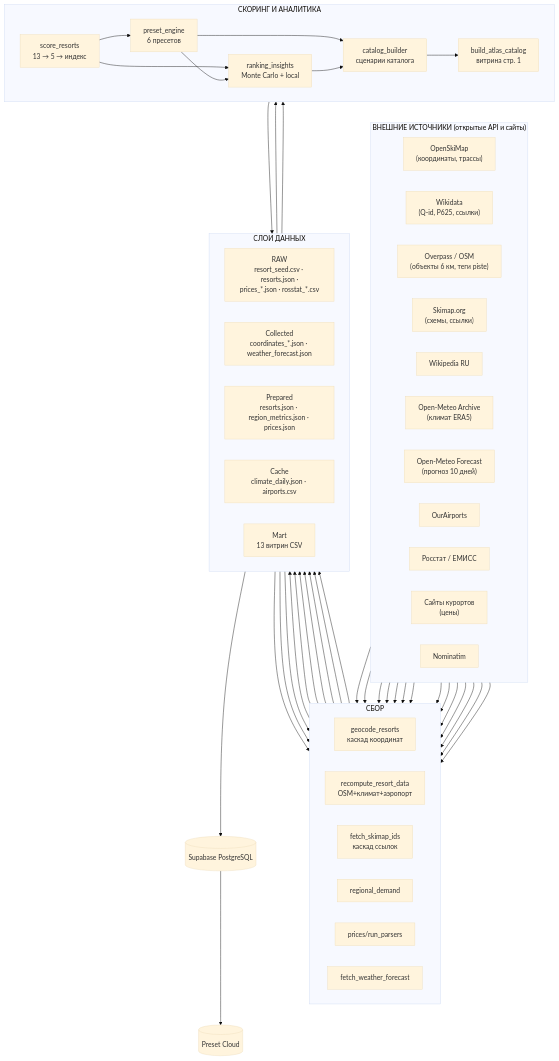
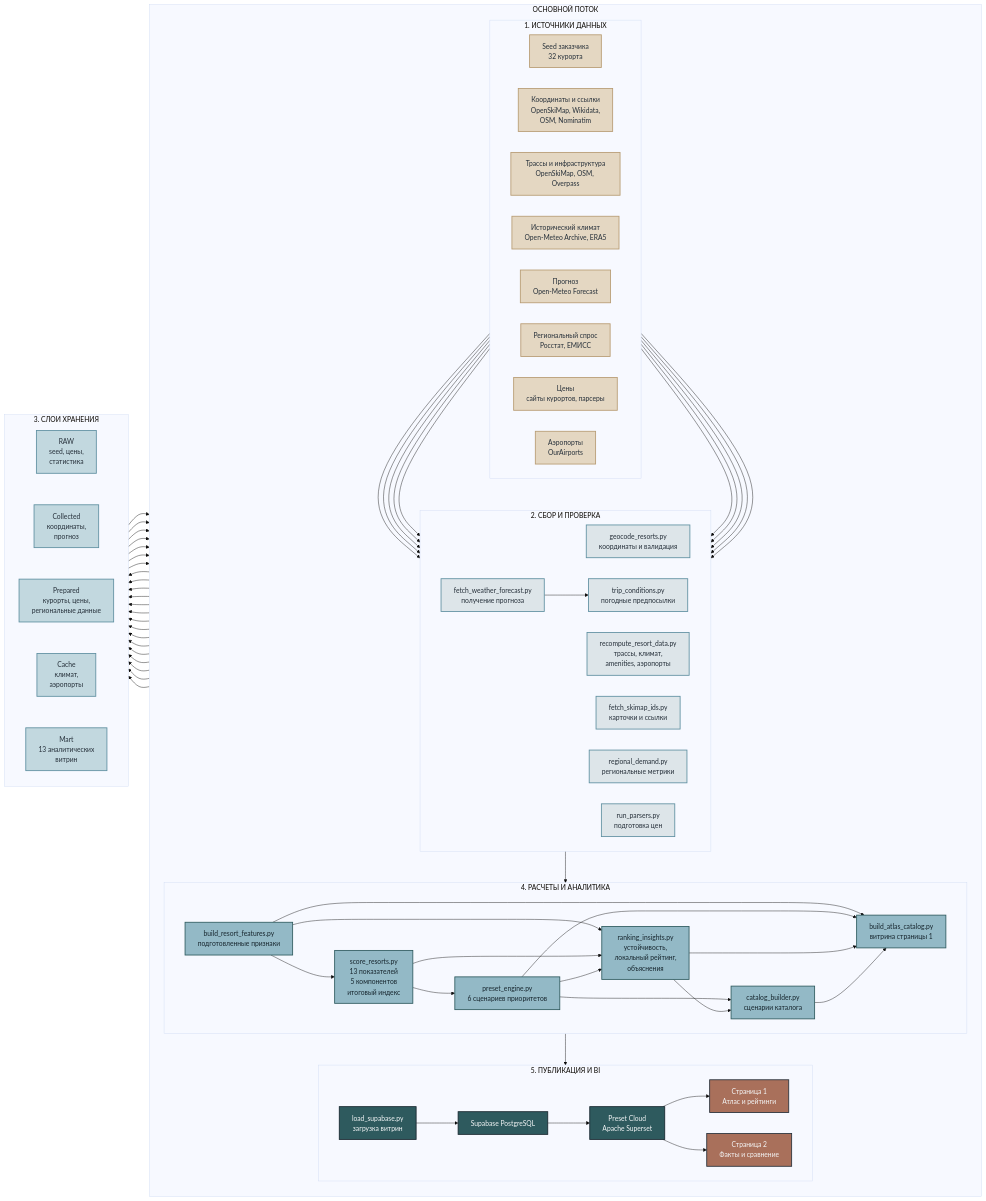
The first of 2 diagrams in README.md (Urizen-Data/Travel_Designer), drawn with Mermaid (base theme) before and after one commit.

Commit message:
docs: vertical data-flow diagram (storage layers on the right)

````diff
--- a/README.md
+++ b/README.md
@@ -203,87 +203,130 @@
 ```mermaid
-flowchart TD
-    subgraph SRC["ВНЕШНИЕ ИСТОЧНИКИ (открытые API и сайты)"]
-        direction LR
-        OSK["OpenSkiMap<br/>(координаты, трассы)"]
-        WIKI["Wikidata<br/>(Q-id, P625, ссылки)"]
-        OVP["Overpass / OSM<br/>(объекты 6 км, теги piste)"]
-        SKIMAP["Skimap.org<br/>(схемы, ссылки)"]
-        WP["Wikipedia RU"]
-        OME_A["Open-Meteo Archive<br/>(климат ERA5)"]
-        OME_F["Open-Meteo Forecast<br/>(прогноз 10 дней)"]
-        OAP["OurAirports"]
-        ROS["Росстат / ЕМИСС"]
-        WEB["Сайты курортов<br/>(цены)"]
-        NOM["Nominatim"]
+flowchart LR
+    subgraph MAIN["ОСНОВНОЙ ПОТОК"]
+        direction TB
+
+        subgraph SRC["1. ИСТОЧНИКИ ДАННЫХ"]
+            direction LR
+            S1["Seed заказчика<br/>32 курорта"]
+            S2["Координаты и ссылки<br/>OpenSkiMap, Wikidata,<br/>OSM, Nominatim"]
+            S3["Трассы и инфраструктура<br/>OpenSkiMap, OSM, Overpass"]
+            S4["Исторический климат<br/>Open-Meteo Archive, ERA5"]
+            S5["Прогноз<br/>Open-Meteo Forecast"]
+            S6["Региональный спрос<br/>Росстат, ЕМИСС"]
+            S7["Цены<br/>сайты курортов, парсеры"]
+            S8["Аэропорты<br/>OurAirports"]
+        end
+
+        subgraph COLL["2. СБОР И ПРОВЕРКА"]
+            direction LR
+            C1["geocode_resorts.py<br/>координаты и валидация"]
+            C2["recompute_resort_data.py<br/>трассы, климат,<br/>amenities, аэропорты"]
+            C3["fetch_skimap_ids.py<br/>карточки и ссылки"]
+            C4["regional_demand.py<br/>региональные метрики"]
+            C5["run_parsers.py<br/>подготовка цен"]
+            C6["fetch_weather_forecast.py<br/>получение прогноза"]
+            C7["trip_conditions.py<br/>погодные предпосылки"]
+        end
+
+        subgraph AN["4. РАСЧЕТЫ И АНАЛИТИКА"]
+            direction LR
+            A1["build_resort_features.py<br/>подготовленные признаки"]
+            A2["score_resorts.py<br/>13 показателей<br/>5 компонентов<br/>итоговый индекс"]
+            A3["preset_engine.py<br/>6 сценариев приоритетов"]
+            A4["ranking_insights.py<br/>устойчивость,<br/>локальный рейтинг,<br/>объяснения"]
+            A5["catalog_builder.py<br/>сценарии каталога"]
+            A6["build_atlas_catalog.py<br/>витрина страницы 1"]
+        end
+
+        subgraph PUB["5. ПУБЛИКАЦИЯ И BI"]
+            direction LR
+            P1["load_supabase.py<br/>загрузка витрин"]
+            P2["Supabase PostgreSQL"]
+            P3["Preset Cloud<br/>Apache Superset"]
+            P4["Страница 1<br/>Атлас и рейтинги"]
+            P5["Страница 2<br/>Факты и сравнение"]
+        end
+
+        SRC --> COLL
+        COLL --> AN
+        AN --> PUB
     end
 
-    subgraph COLLECT["СБОР"]
-        direction LR
-        GEO["geocode_resorts<br/>каскад координат"]
-        RECO["recompute_resort_data<br/>OSM+климат+аэропорт"]
-        SK["fetch_skimap_ids<br/>каскад ссылок"]
-        RD["regional_demand"]
-        PR["prices/run_parsers"]
-        WF["fetch_weather_forecast"]
+    subgraph STOR["3. СЛОИ ХРАНЕНИЯ"]
+        direction TB
+        D1["RAW<br/>seed, цены,<br/>статистика"]
+        D2["Collected<br/>координаты,<br/>прогноз"]
+        D3["Prepared<br/>курорты, цены,<br/>региональные данные"]
+        D4["Cache<br/>климат,<br/>аэропорты"]
+        D5["Mart<br/>13 аналитических<br/>витрин"]
+        D1 ~~~ D2 ~~~ D3 ~~~ D4 ~~~ D5
     end
 
-    subgraph LAYERS["СЛОИ ДАННЫХ"]
-        direction LR
-        RAW["RAW<br/>resort_seed.csv · resorts.json ·<br/>prices_*.json · rosstat_*.csv"]
-        COL["Collected<br/>coordinates_*.json · weather_forecast.json"]
-        PREP["Prepared<br/>resorts.json · region_metrics.json · prices.json"]
-        CACHE["Cache<br/>climate_daily.json · airports.csv"]
-        MART["Mart<br/>13 витрин CSV"]
-    end
+    S1 --> C1
+    S2 --> C1
+    S2 --> C3
+    S3 --> C2
+    S4 --> C2
+    S5 --> C6
+    S6 --> C4
+    S7 --> C5
+    S8 --> C2
 
-    subgraph ANALYTICS["СКОРИНГ И АНАЛИТИКА"]
-        direction LR
-        SCORE["score_resorts<br/>13 → 5 → индекс"]
-        PRESET["preset_engine<br/>6 пресетов"]
-        RANK["ranking_insights<br/>Monte Carlo + local"]
-        CAT["catalog_builder<br/>сценарии каталога"]
-        ATLAS["build_atlas_catalog<br/>витрина стр. 1"]
-    end
+    D1 --> C1
+    D1 --> C4
+    D1 --> C5
 
-    DB[(Supabase PostgreSQL)]
-    BI[(Preset Cloud)]
+    C1 --> D2
+    C2 --> D3
+    C2 --> D4
+    C3 --> D3
+    C4 --> D3
+    C5 --> D3
+    C6 --> D2
+    C6 --> C7
+    C7 --> D2
 
-    OSK --> GEO
-    WIKI --> GEO
-    OVP --> GEO
-    NOM --> GEO
-    OSK --> RECO
-    OVP --> RECO
-    OME_A --> RECO
-    OAP --> RECO
-    SKIMAP --> SK
-    WP --> SK
-    WIKI --> SK
-    ROS --> RD
-    WEB --> PR
-    OME_F --> WF
+    D2 --> A1
+    D3 --> A1
+    D4 --> A1
 
-    RAW --> GEO
-    RAW --> RD
-    RAW --> PR
-    GEO --> COL
-    RECO --> PREP
-    RECO --> CACHE
-    SK --> PREP
-    RD --> PREP
-    PR --> PREP
-    WF --> COL
+    A1 --> A2
+    A1 --> A4
+    A1 --> A6
+    A2 --> A3
+    A2 --> A4
+    A3 --> A4
+    A3 --> A5
+    A3 --> A6
+    A4 --> A5
+    A4 --> A6
+    A5 --> A6
 
-    PREP --> SCORE
-    SCORE --> PRESET
-    SCORE --> RANK
-    PRESET --> RANK
-    PRESET --> CAT
-    RANK --> CAT
-    CAT --> ATLAS
-    PREP --> ATLAS
-    ATLAS --> MART
+    A1 --> D5
+    A2 --> D5
+    A3 --> D5
+    A4 --> D5
+    A5 --> D5
+    A6 --> D5
+    C7 --> D5
 
-    MART --> DB
-    DB --> BI
+    D5 --> P1
+    P1 --> P2
+    P2 --> P3
+    P3 --> P4
+    P3 --> P5
+
+    classDef source fill:#E4D7C2,stroke:#B79B72,color:#26303A,stroke-width:2px;
+    classDef collection fill:#DDE5E9,stroke:#5E8FA0,color:#26303A,stroke-width:2px;
+    classDef storage fill:#C2D8DF,stroke:#5E8FA0,color:#26303A,stroke-width:2px;
+    classDef analytics fill:#93B9C6,stroke:#2E5A5E,color:#17262E,stroke-width:2px;
+    classDef publication fill:#2E5A5E,stroke:#17262E,color:#F5F7F8,stroke-width:2px;
+    classDef dashboard fill:#A9705B,stroke:#26303A,color:#F5F7F8,stroke-width:2px;
+
+    class S1,S2,S3,S4,S5,S6,S7,S8 source;
+    class C1,C2,C3,C4,C5,C6,C7 collection;
+    class D1,D2,D3,D4,D5 storage;
+    class A1,A2,A3,A4,A5,A6 analytics;
+    class P1,P2,P3 publication;
+    class P4,P5 dashboard;
 ```
````
